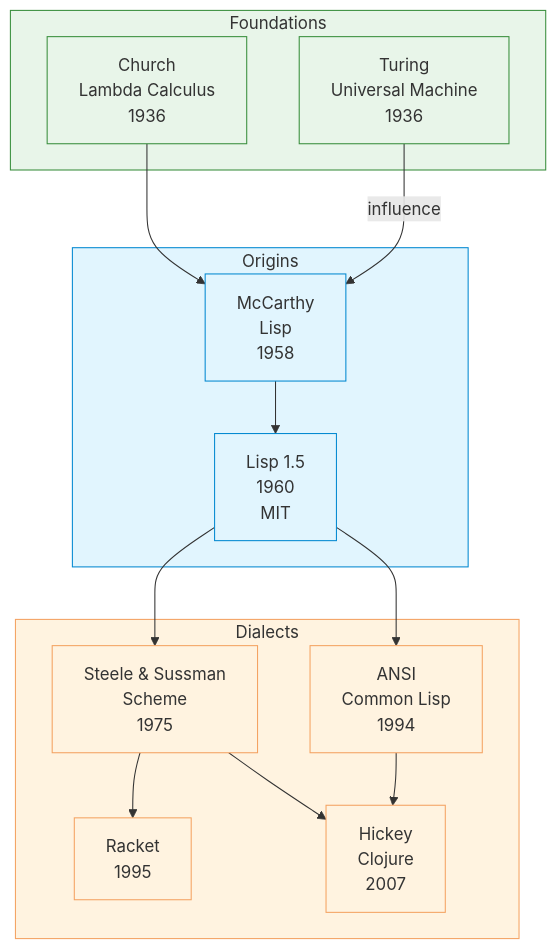
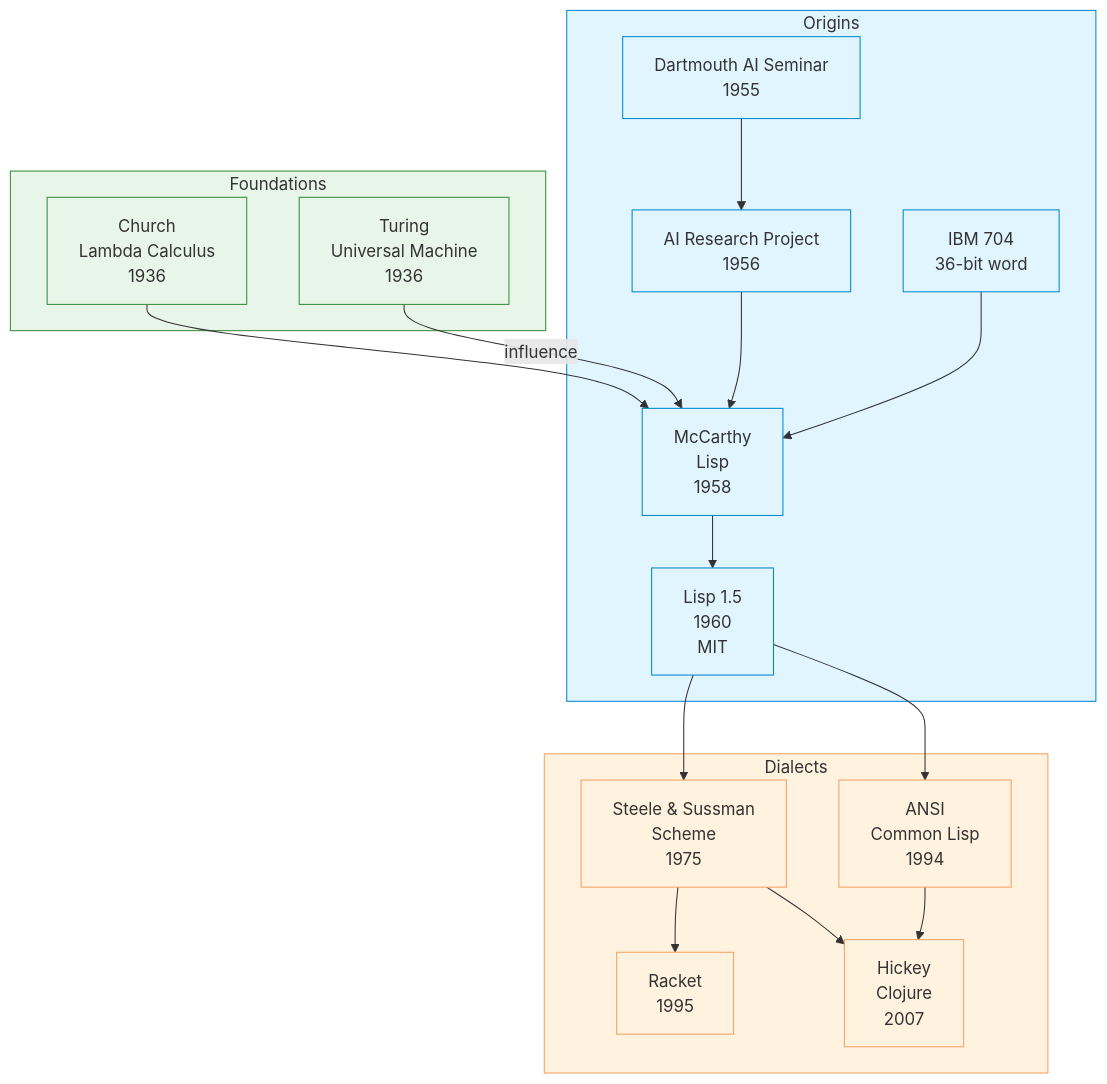
The diagram in docs/languages/lisp/index.md (akardapolov/software-atlas), drawn with Mermaid before and after one commit. The commit also changed other lines of this file and 22 other files, not shown here.

````diff
--- a/docs/languages/lisp/index.md
+++ b/docs/languages/lisp/index.md
@@ -62,40 +62,49 @@
 ```mermaid
 flowchart TD
     subgraph Foundations
         Church["Church<br/>Lambda Calculus<br/>1936"]
         Turing["Turing<br/>Universal Machine<br/>1936"]
     end
 
     subgraph Origins
+        Dartmouth["Dartmouth AI Seminar<br/>1955"]
+        Project["AI Research Project<br/>1956"]
+        IBM704["IBM 704<br/>36-bit word"]
         McCarthy["McCarthy<br/>Lisp<br/>1958"]
         Lisp1["Lisp 1.5<br/>1960<br/>MIT"]
     end
 
     subgraph Dialects
         Scheme["Steele & Sussman<br/>Scheme<br/>1975"]
         CommonLisp["ANSI<br/>Common Lisp<br/>1994"]
         Racket["Racket<br/>1995"]
         Clojure["Hickey<br/>Clojure<br/>2007"]
     end
 
     Church --> McCarthy
     Turing -->|"influence"| McCarthy
+    Dartmouth --> Project
+    Project --> McCarthy
+    IBM704 --> McCarthy
     McCarthy --> Lisp1
     Lisp1 --> Scheme
     Lisp1 --> CommonLisp
     Scheme --> Racket
     Scheme --> Clojure
     CommonLisp --> Clojure
 
     style Foundations fill:#e8f5e9,stroke:#388e3c
     style Origins fill:#e1f5fe,stroke:#0288d1
     style Dialects fill:#fff3e0,stroke:#f4a261
     style Church fill:#e8f5e9,stroke:#388e3c
     style Turing fill:#e8f5e9,stroke:#388e3c
+    style Dartmouth fill:#e1f5fe,stroke:#0288d1
+    style Project fill:#e1f5fe,stroke:#0288d1
+    style IBM704 fill:#e1f5fe,stroke:#0288d1
     style McCarthy fill:#e1f5fe,stroke:#0288d1
     style Lisp1 fill:#e1f5fe,stroke:#0288d1
     style Scheme fill:#fff3e0,stroke:#f4a261
     style CommonLisp fill:#fff3e0,stroke:#f4a261
     style Racket fill:#fff3e0,stroke:#f4a261
     style Clojure fill:#fff3e0,stroke:#f4a261
 ```
````
